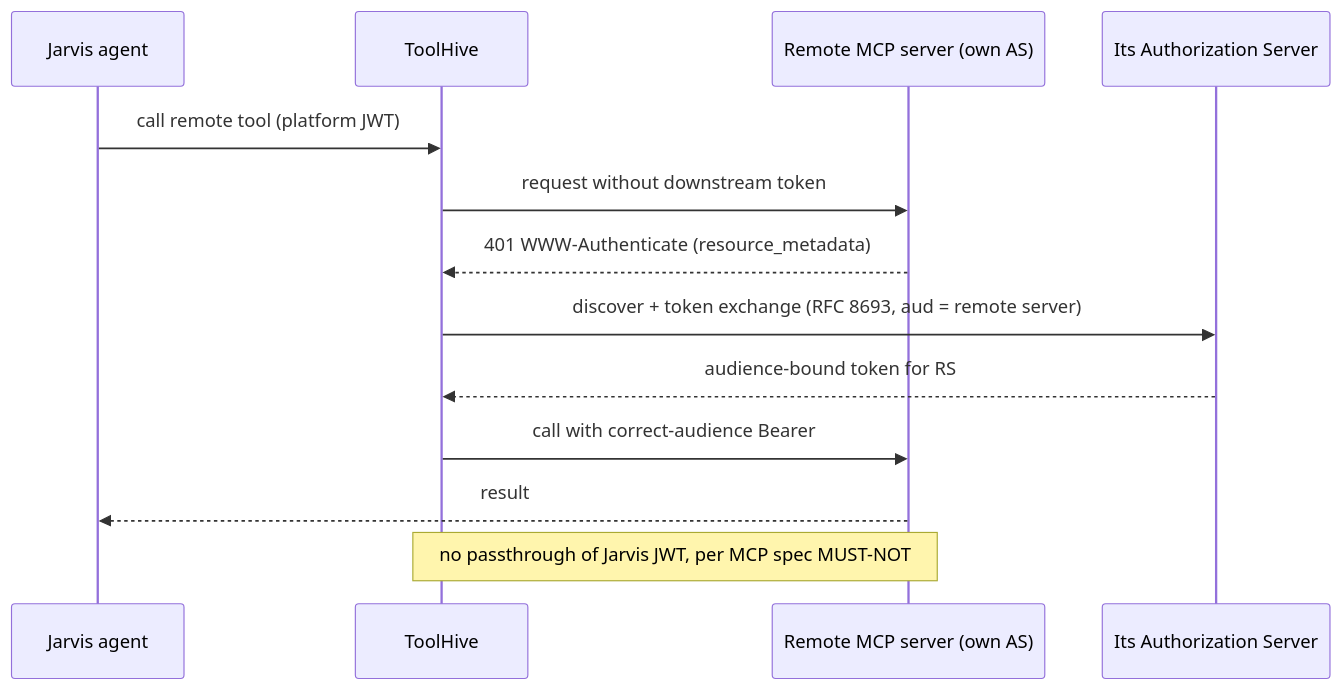
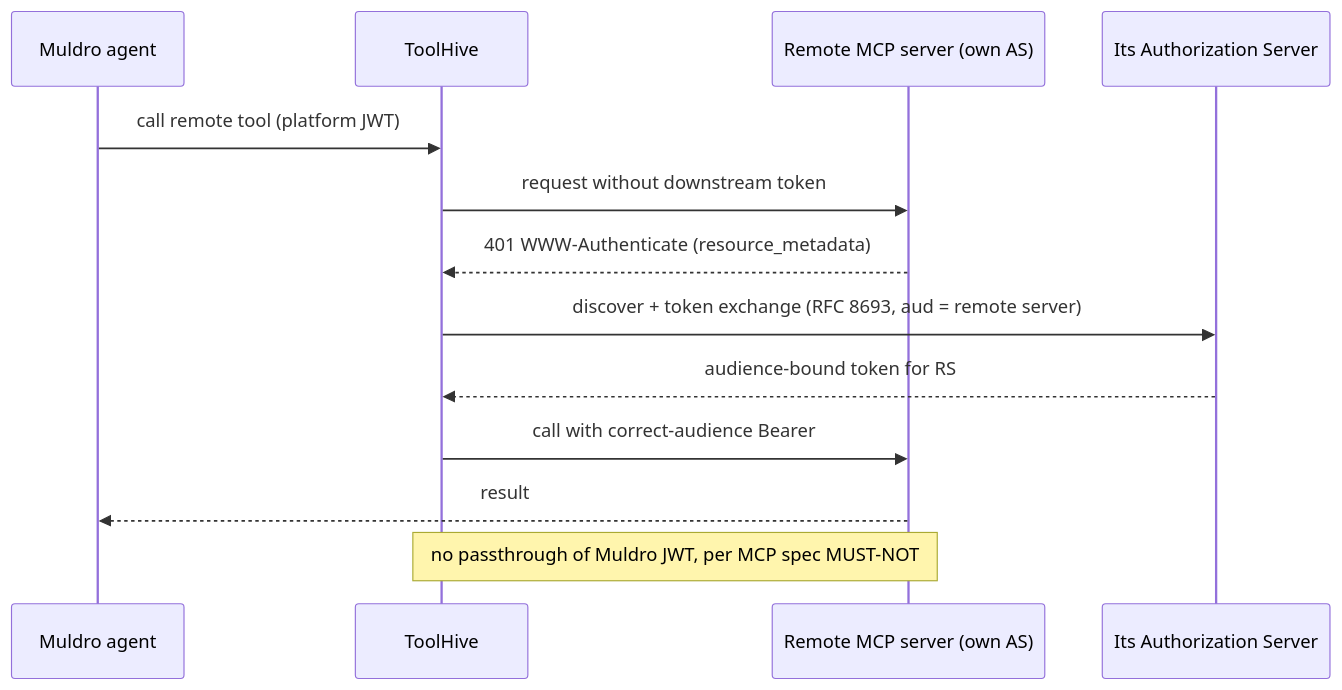
Diagram 13 of 13 in docs/architecture/toolhive-openconnector-assessment.md (shivadharmi/muldro), drawn with Mermaid before and after one commit. The commit also changed other lines of this file and 359 other files, not shown here.

First line of the commit message:
chore: rebrand Jarvis to Muldro across the codebase

````diff
--- a/docs/architecture/toolhive-openconnector-assessment.md
+++ b/docs/architecture/toolhive-openconnector-assessment.md
@@ -527,15 +527,15 @@
 ```mermaid
 sequenceDiagram
-    participant AG as Jarvis agent
+    participant AG as Muldro agent
     participant TH as ToolHive
     participant RS as Remote MCP server (own AS)
     participant AS as Its Authorization Server
     AG->>TH: call remote tool (platform JWT)
     TH->>RS: request without downstream token
     RS-->>TH: 401 WWW-Authenticate (resource_metadata)
     TH->>AS: discover + token exchange (RFC 8693, aud = remote server)
     AS-->>TH: audience-bound token for RS
     TH->>RS: call with correct-audience Bearer
     RS-->>AG: result
-    Note over TH,RS: no passthrough of Jarvis JWT, per MCP spec MUST-NOT
+    Note over TH,RS: no passthrough of Muldro JWT, per MCP spec MUST-NOT
 ```
````
